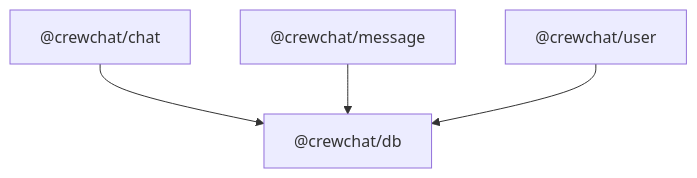
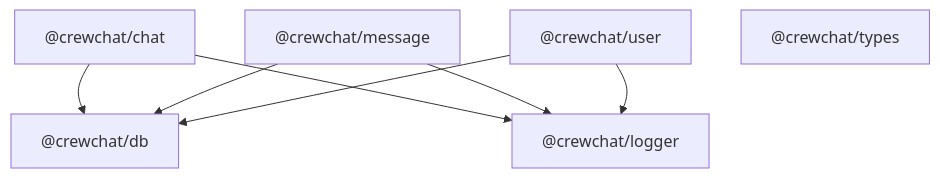
One commit to vinayak-jaybhaye/crewchat changed the diagram in docs/PACKAGES.md. Above: the diagram before and after it, drawn with Mermaid. The commit also changed other lines of this file and 5 other files, not shown here.

Commit message:
docs: update deployment, architecture, and packages documentation

````diff
--- a/docs/PACKAGES.md
+++ b/docs/PACKAGES.md
@@ -7,11 +7,16 @@
 ```mermaid
 graph TD
     db["@crewchat/db"]
     chat["@crewchat/chat"]
     message["@crewchat/message"]
     user["@crewchat/user"]
+    logger["@crewchat/logger"]
+    types["@crewchat/types"]
 
     chat --> db
     message --> db
     user --> db
+    chat --> logger
+    message --> logger
+    user --> logger
 ```
````
